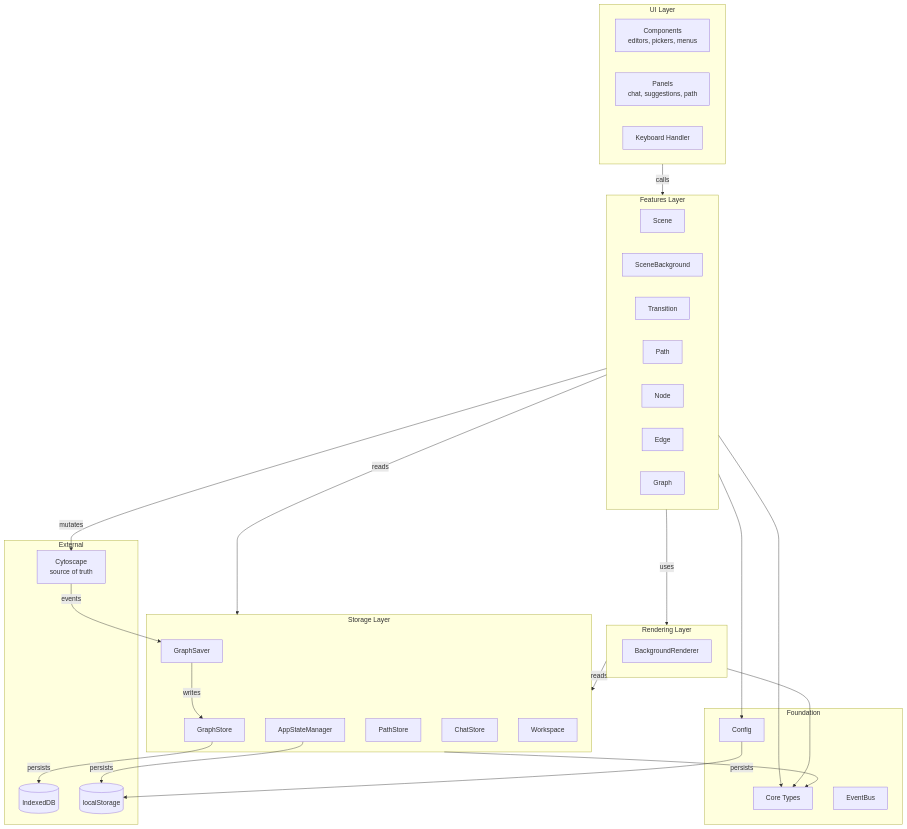
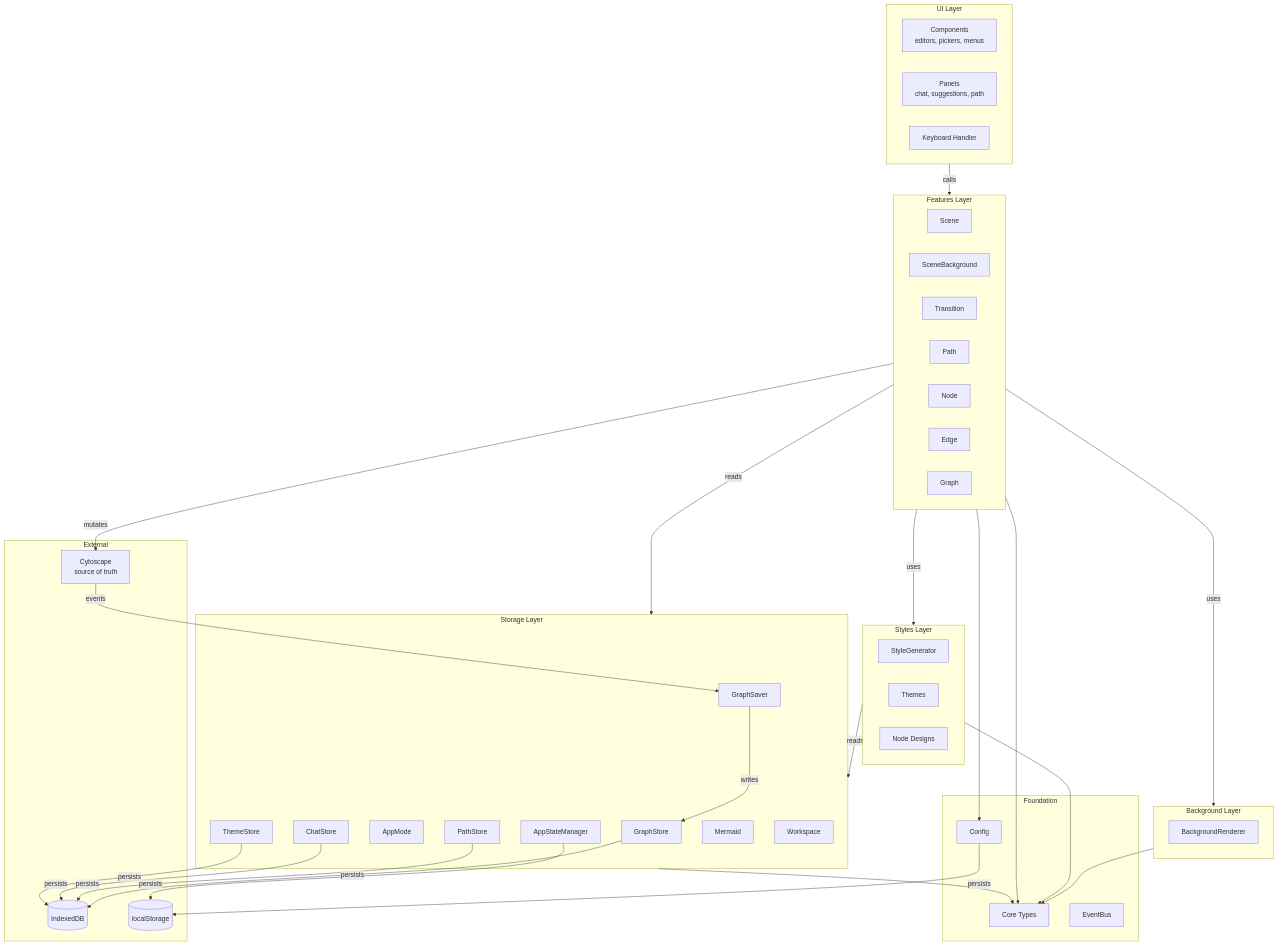
Before and after one commit to ebuyakin/knogra: the diagram in docs/architecture.md, drawn with Mermaid. The commit also changed other lines of this file and 49 other files, not shown here.

Commit message:
mermaid import/expor. AI equation generator in the node editor. AI context awareness improvements

````diff
--- a/docs/architecture.md
+++ b/docs/architecture.md
@@ -93,61 +85,75 @@
 ```mermaid
 graph TD
     subgraph UI["UI Layer"]
         Components[Components<br/>editors, pickers, menus]
         Panels[Panels<br/>chat, suggestions, path]
         Keyboard[Keyboard Handler]
     end
 
     subgraph Features["Features Layer"]
         Scene[Scene]
         SceneBg[SceneBackground]
         Transition[Transition]
         Path[Path]
         NodeF[Node]
         EdgeF[Edge]
         GraphF[Graph]
     end
 
-    subgraph Rendering["Rendering Layer"]
+    subgraph Background["Background Layer"]
         BgRenderer[BackgroundRenderer]
+    end
+
+    subgraph Styles["Styles Layer"]
+        StyleGen[StyleGenerator]
+        Themes[Themes]
+        Designs[Node Designs]
     end
 
     subgraph Storage["Storage Layer"]
         GraphStore[GraphStore]
         GraphSaver[GraphSaver]
         AppState[AppStateManager]
+        AppMode[AppMode]
         PathStore[PathStore]
         ChatStore[ChatStore]
+        ThemeStore[ThemeStore]
+        Mermaid[Mermaid]
         Workspace[Workspace]
     end
 
     subgraph Foundation["Foundation"]
         Core[Core Types]
         Config[Config]
         Events[EventBus]
     end
 
     subgraph External["External"]
         Cytoscape[Cytoscape<br/>source of truth]
         IndexedDB[(IndexedDB)]
         LocalStorage[(localStorage)]
     end
 
     UI -->|calls| Features
     Features -->|mutates| Cytoscape
-    Features -->|uses| Rendering
+    Features -->|uses| Background
+    Features -->|uses| Styles
     Features -->|reads| Storage
-    Rendering -->|reads| Storage
+    Background --> Core
+    Styles --> Core
+    Styles -->|reads| Storage
     
     Cytoscape -->|events| GraphSaver
     GraphSaver -->|writes| GraphStore
     GraphStore -->|persists| IndexedDB
+    PathStore -->|persists| IndexedDB
+    ChatStore -->|persists| IndexedDB
+    ThemeStore -->|persists| IndexedDB
     
     AppState -->|persists| LocalStorage
     Config -->|persists| LocalStorage
     
     Features --> Core
     Features --> Config
-    Rendering --> Core
     Storage --> Core
 ```
````
